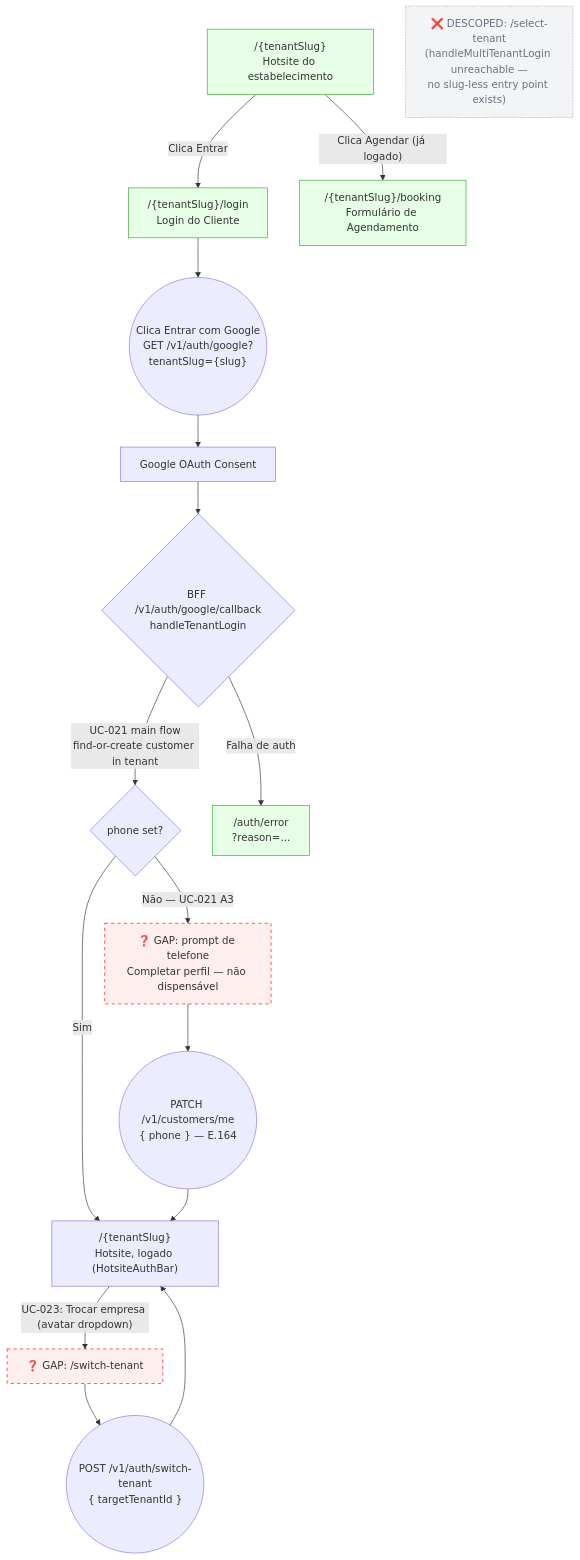
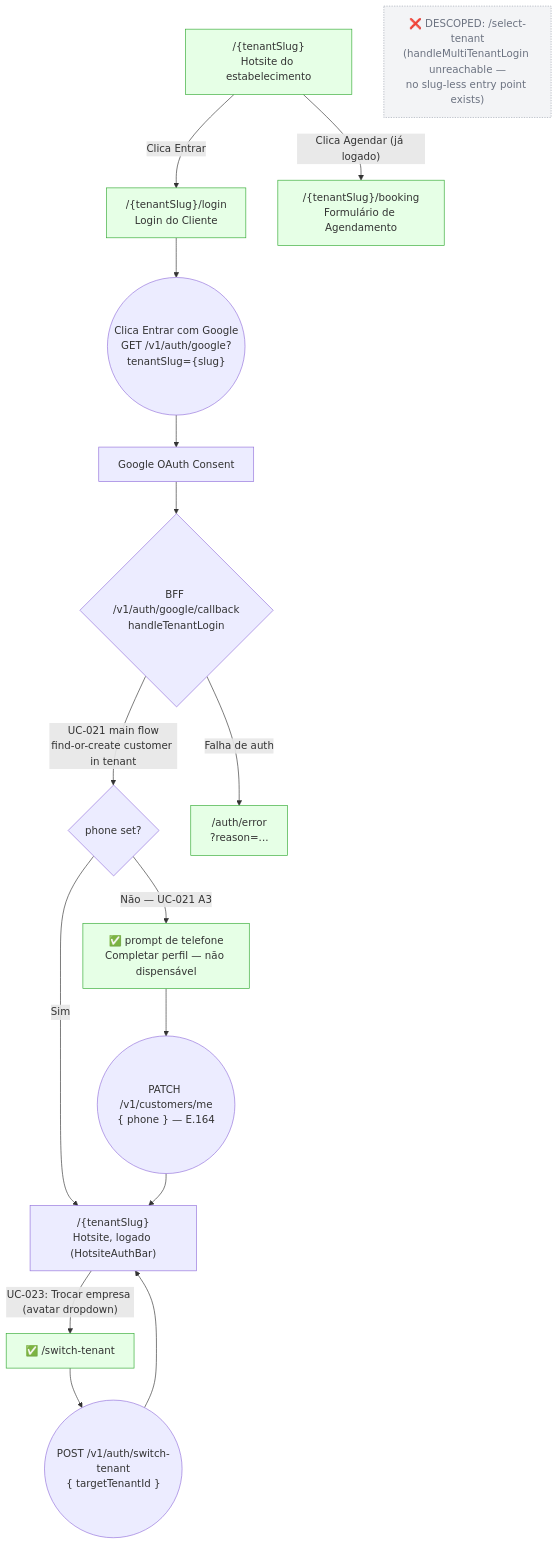
One commit to lmmoreira/ikaro changed the diagram in plan/journey/customer/login.md. Above: the diagram before and after it, drawn with Mermaid. The commit also changed other lines of this file and 28 other files, not shown here.

````diff
--- a/plan/journey/customer/login.md
+++ b/plan/journey/customer/login.md
@@ -12,30 +12,29 @@
 ```mermaid
 flowchart TD
     classDef existing fill:#e6ffe6,stroke:#3a3
     classDef gap stroke:#f00,stroke-dasharray: 5 5,fill:#fee
     classDef descoped fill:#f3f4f6,stroke:#9ca3af,stroke-dasharray: 2 2,color:#6b7280
 
     Hotsite["/{tenantSlug}<br/>Hotsite do estabelecimento"] -->|"Clica Entrar"| Login
     Hotsite -->|"Clica Agendar (já logado)"| Booking["/{tenantSlug}/booking<br/>Formulário de Agendamento"]
 
     Login["/{tenantSlug}/login<br/>Login do Cliente"] --> GoogleBtn(("Clica Entrar com Google<br/>GET /v1/auth/google?tenantSlug={slug}"))
     GoogleBtn --> Google["Google OAuth Consent"]
     Google --> Callback{"BFF /v1/auth/google/callback<br/>handleTenantLogin"}
 
     Callback -->|"UC-021 main flow<br/>find-or-create customer in tenant"| PhoneCheck{"phone set?"}
     Callback -->|"Falha de auth"| AuthError["/auth/error<br/>?reason=..."]
     SelectTenantDescoped["❌ DESCOPED: /select-tenant<br/>(handleMultiTenantLogin unreachable —<br/>no slug-less entry point exists)"]
 
     PhoneCheck -->|"Sim"| CustomerArea["/{tenantSlug}<br/>Hotsite, logado (HotsiteAuthBar)"]
-    PhoneCheck -->|"Não — UC-021 A3"| PhoneCompletion["❓ GAP: prompt de telefone<br/>Completar perfil — não dispensável"]
+    PhoneCheck -->|"Não — UC-021 A3"| PhoneCompletion["✅ prompt de telefone<br/>Completar perfil — não dispensável"]
     PhoneCompletion --> PhoneSubmit(("PATCH /v1/customers/me<br/>{ phone } — E.164"))
     PhoneSubmit --> CustomerArea
 
-    CustomerArea -->|"UC-023: Trocar empresa (avatar dropdown)"| SwitchPage["❓ GAP: /switch-tenant"]
+    CustomerArea -->|"UC-023: Trocar empresa (avatar dropdown)"| SwitchPage["✅ /switch-tenant"]
     SwitchPage --> SwitchPost(("POST /v1/auth/switch-tenant<br/>{ targetTenantId }"))
     SwitchPost --> CustomerArea
 
-    class Hotsite,Booking,Login,AuthError existing
-    class PhoneCompletion,SwitchPage gap
+    class Hotsite,Booking,Login,AuthError,PhoneCompletion,SwitchPage existing
     class SelectTenantDescoped descoped
 ```
````
